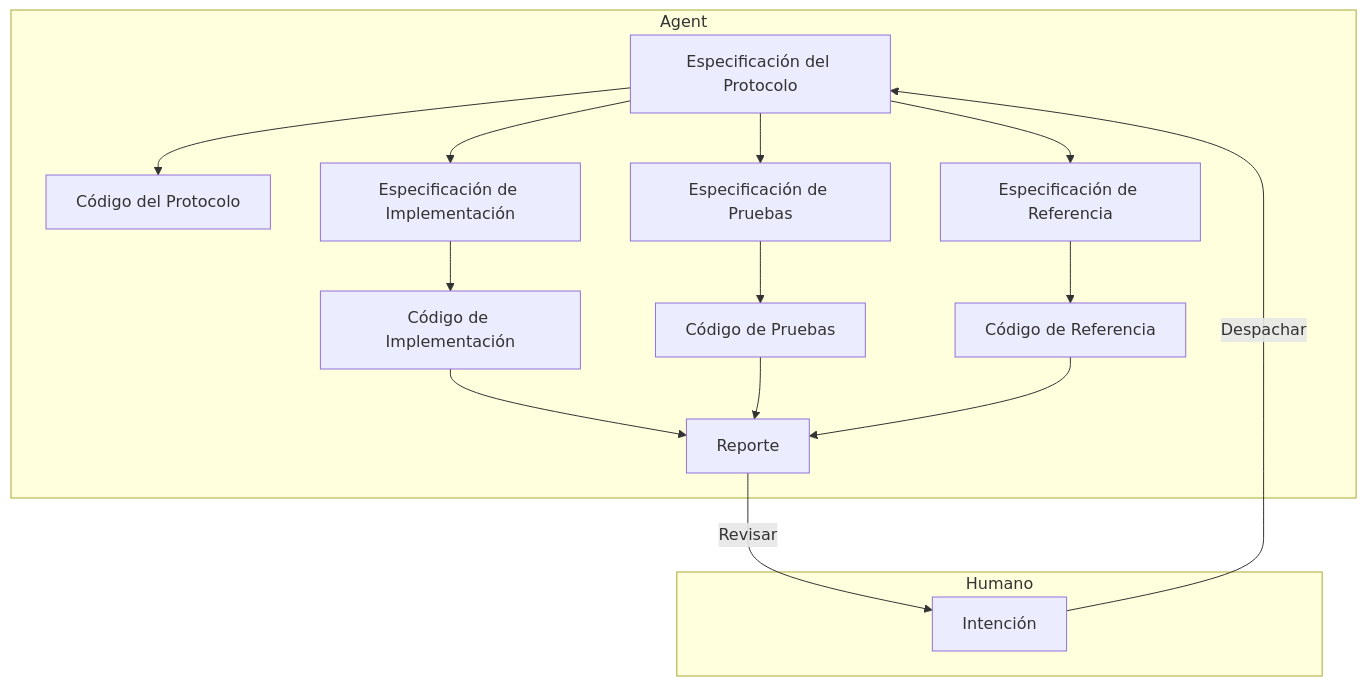
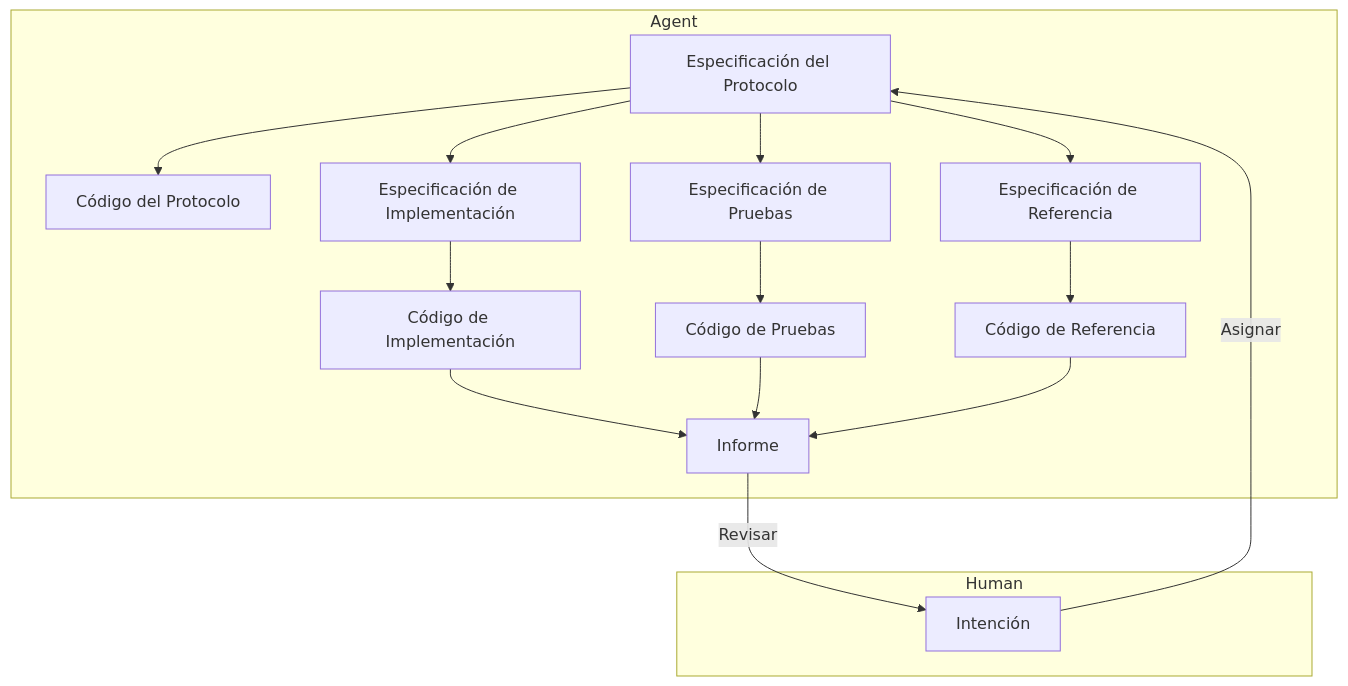
Before and after one commit to zccz14/README: the diagram in .czon/src/es-ES/e1b49c211cb3d366b9975b102d852827e204c6b50076cf10758a86692a8b5934.md, drawn with Mermaid. The commit also changed other lines of this file and 52 other files, not shown here.

````diff
--- a/.czon/src/es-ES/e1b49c211cb3d366b9975b102d852827e204c6b50076cf10758a86692a8b5934.md
+++ b/.czon/src/es-ES/e1b49c211cb3d366b9975b102d852827e204c6b50076cf10758a86692a8b5934.md
@@ -50,23 +48,23 @@
 ```mermaid
 graph TD
 
    subgraph Agent
    A_1[Especificación del Protocolo]
    A_1 --> A_2[Código del Protocolo]
    A_1 --> A_A[Especificación de Implementación]
    A_1 --> A_B[Especificación de Pruebas]
    A_1 --> A_C[Especificación de Referencia]
    A_A --> A_A_1[Código de Implementación]
    A_B --> A_B_1[Código de Pruebas]
    A_C --> A_C_1[Código de Referencia]
-   A_A_1 --> A_D[Reporte]
+   A_A_1 --> A_D[Informe]
    A_B_1 --> A_D
    A_C_1 --> A_D
    end
 
-   subgraph Humano
-   H_1[Intención] -->|Despachar| A_1
+   subgraph Human
+   H_1[Intención] -->|Asignar| A_1
    A_D -->|Revisar| H_1
    end
 
 ```
````
